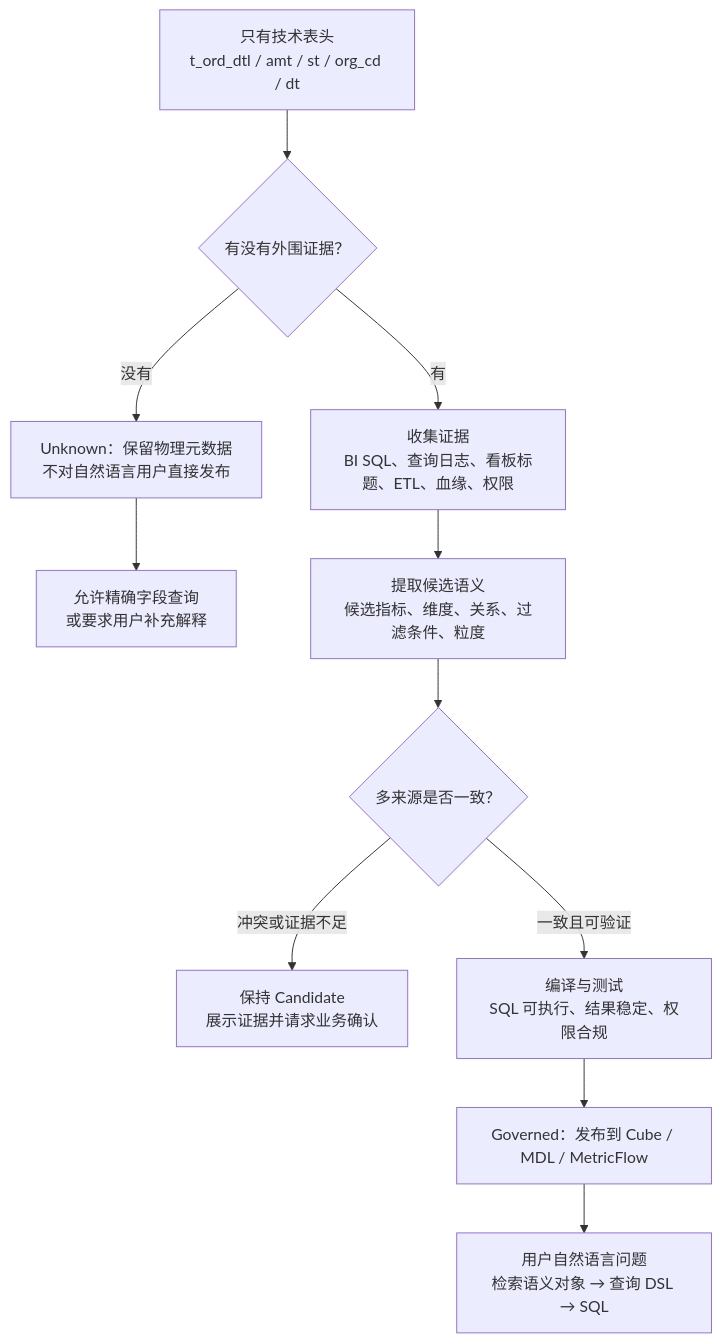
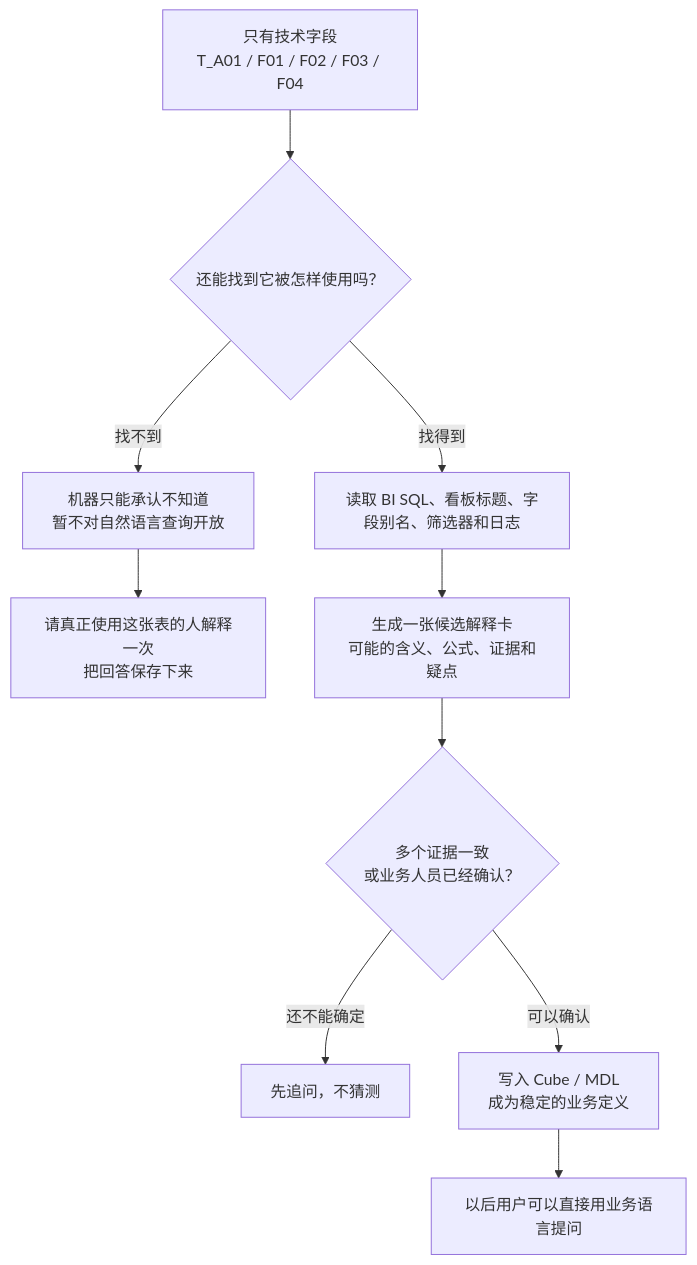
One commit to zhangtianhong-1998/data-experience changed the diagram in 解答/assets/无语义表处理流程.mmd. Above: the diagram before and after it, drawn with Mermaid. The commit also changed 3 other files, not shown here.

Commit message:
Clarify Cube MDL objects and unknown tables

```diff
--- a/解答/assets/无语义表处理流程.mmd
+++ b/解答/assets/无语义表处理流程.mmd
@@ -1,12 +1,11 @@
 flowchart TD
-    A["只有技术表头<br/>t_ord_dtl / amt / st / org_cd / dt"] --> B{"有没有外围证据？"}
-    B -->|"没有"| U["Unknown：保留物理元数据<br/>不对自然语言用户直接发布"]
-    U --> U1["允许精确字段查询<br/>或要求用户补充解释"]
+    A["只有技术字段<br/>T_A01 / F01 / F02 / F03 / F04"] --> B{"还能找到它被怎样使用吗？"}
+    B -->|"找不到"| C["机器只能承认不知道<br/>暂不对自然语言查询开放"]
+    C --> D["请真正使用这张表的人解释一次<br/>把回答保存下来"]
 
-    B -->|"有"| C["收集证据<br/>BI SQL、查询日志、看板标题、ETL、血缘、权限"]
-    C --> D["提取候选语义<br/>候选指标、维度、关系、过滤条件、粒度"]
-    D --> E{"多来源是否一致？"}
-    E -->|"冲突或证据不足"| F["保持 Candidate<br/>展示证据并请求业务确认"]
-    E -->|"一致且可验证"| G["编译与测试<br/>SQL 可执行、结果稳定、权限合规"]
-    G --> H["Governed：发布到 Cube / MDL / MetricFlow"]
-    H --> Q["用户自然语言问题<br/>检索语义对象 → 查询 DSL → SQL"]
+    B -->|"找得到"| E["读取 BI SQL、看板标题、字段别名、筛选器和日志"]
+    E --> F["生成一张候选解释卡<br/>可能的含义、公式、证据和疑点"]
+    F --> G{"多个证据一致<br/>或业务人员已经确认？"}
+    G -->|"还不能确定"| H["先追问，不猜测"]
+    G -->|"可以确认"| I["写入 Cube / MDL<br/>成为稳定的业务定义"]
+    I --> J["以后用户可以直接用业务语言提问"]
```
